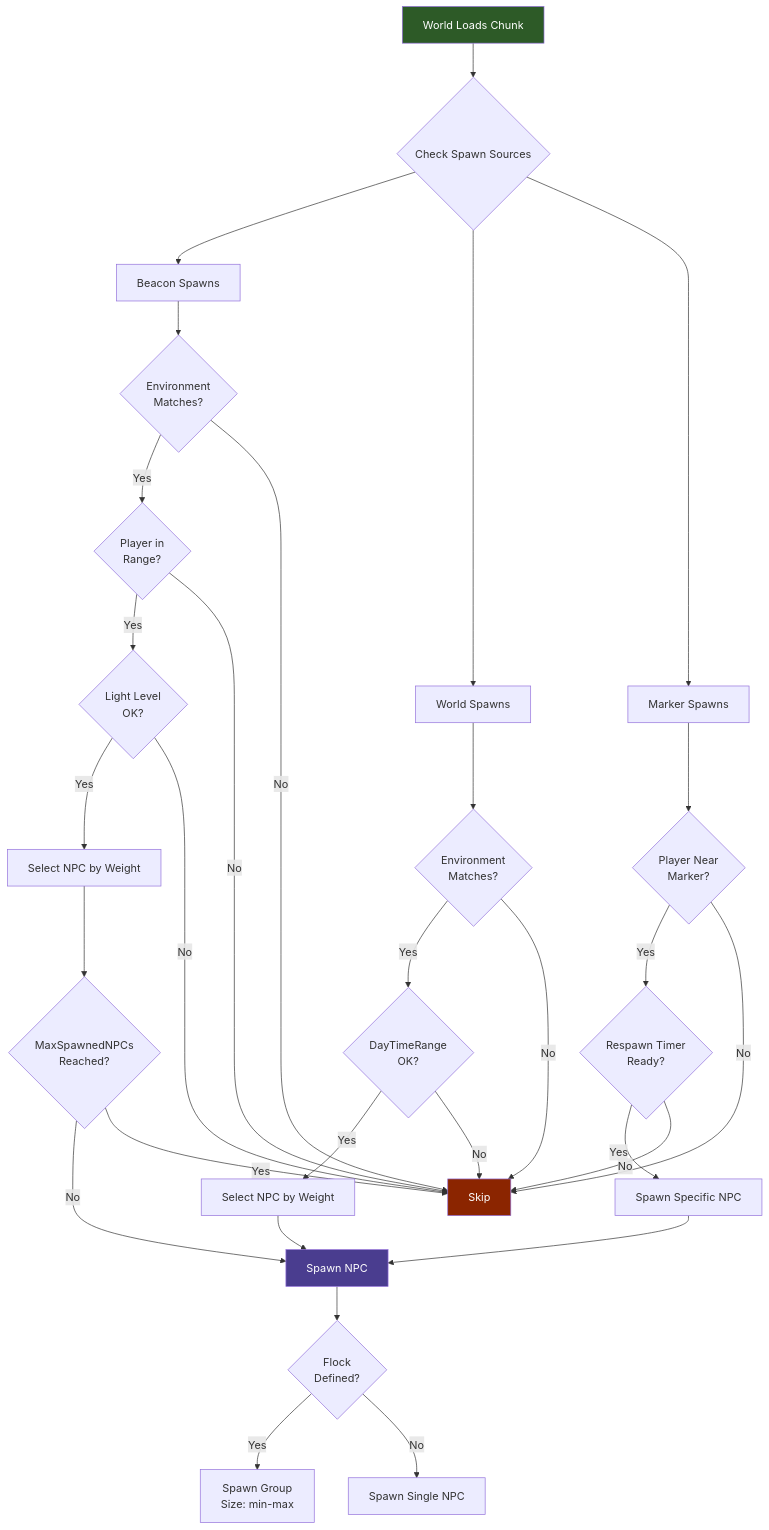
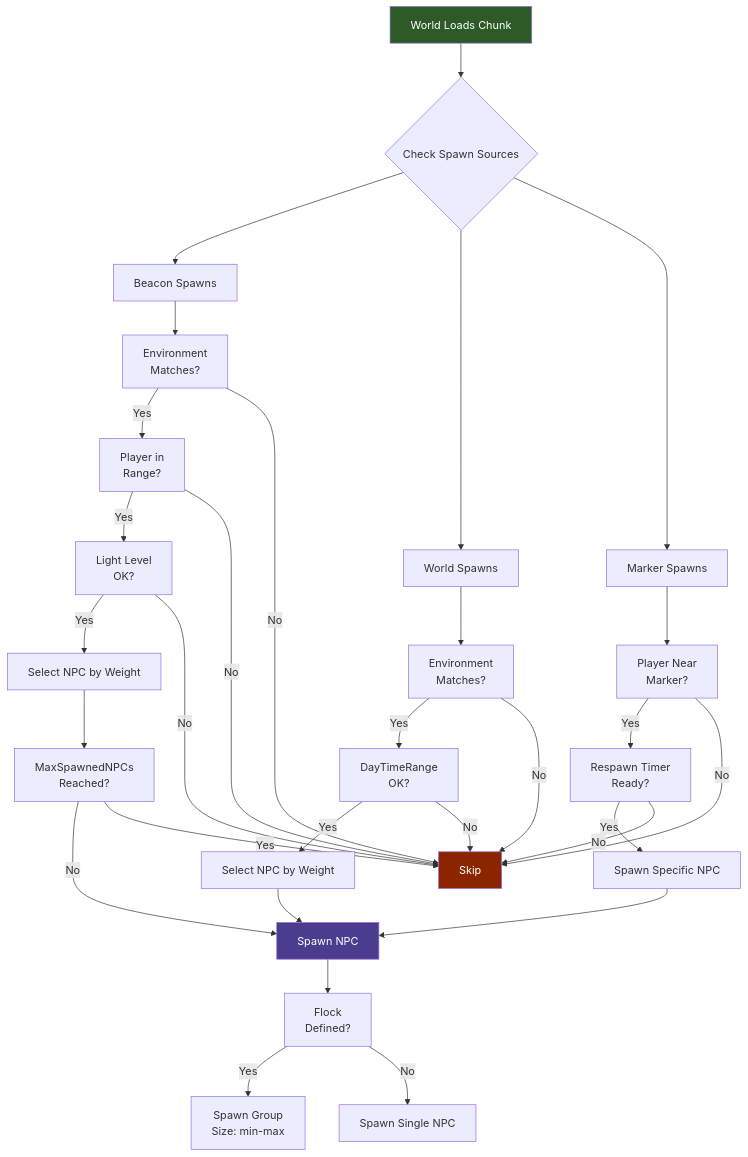
The first of 2 diagrams in src/content/docs/es/reference/npc-system/npc-spawn-rules.md (nevesb/hytale-modding-docs), drawn with Mermaid before and after one commit. The commit also changed other lines of this file and 34 other files, not shown here.

First line of the commit message:
docs: enhance mermaid diagrams for clarity and readability

````diff
--- a/src/content/docs/es/reference/npc-system/npc-spawn-rules.md
+++ b/src/content/docs/es/reference/npc-system/npc-spawn-rules.md
@@ -19,42 +19,42 @@
 ```mermaid
 flowchart TD
     A[World Loads Chunk] --> B{Check Spawn Sources}
 
     B --> C[Beacon Spawns]
     B --> D[World Spawns]
     B --> E[Marker Spawns]
 
-    C --> F{Environment\nMatches?}
-    F -->|Yes| G{Player in\nRange?}
-    F -->|No| Z[Skip]
-    G -->|Yes| H{Light Level\nOK?}
-    G -->|No| Z
-    H -->|Yes| I[Select NPC by Weight]
-    H -->|No| Z
+    C --> F["Environment<br/>Matches?"]
+    F -->|"Yes"| G["Player in<br/>Range?"]
+    F -->|"No"| Z[Skip]
+    G -->|"Yes"| H["Light Level<br/>OK?"]
+    G -->|"No"| Z
+    H -->|"Yes"| I[Select NPC by Weight]
+    H -->|"No"| Z
 
-    D --> J{Environment\nMatches?}
-    J -->|Yes| K{DayTimeRange\nOK?}
-    J -->|No| Z
-    K -->|Yes| L[Select NPC by Weight]
-    K -->|No| Z
+    D --> J["Environment<br/>Matches?"]
+    J -->|"Yes"| K["DayTimeRange<br/>OK?"]
+    J -->|"No"| Z
+    K -->|"Yes"| L[Select NPC by Weight]
+    K -->|"No"| Z
 
-    E --> M{Player Near\nMarker?}
-    M -->|Yes| N{Respawn Timer\nReady?}
-    M -->|No| Z
-    N -->|Yes| O[Spawn Specific NPC]
-    N -->|No| Z
+    E --> M["Player Near<br/>Marker?"]
+    M -->|"Yes"| N["Respawn Timer<br/>Ready?"]
+    M -->|"No"| Z
+    N -->|"Yes"| O[Spawn Specific NPC]
+    N -->|"No"| Z
 
-    I --> P{MaxSpawnedNPCs\nReached?}
-    P -->|No| Q[Spawn NPC]
-    P -->|Yes| Z
+    I --> P["MaxSpawnedNPCs<br/>Reached?"]
+    P -->|"No"| Q[Spawn NPC]
+    P -->|"Yes"| Z
     L --> Q
     O --> Q
 
-    Q --> R{Flock\nDefined?}
-    R -->|Yes| S[Spawn Group\nSize: min-max]
-    R -->|No| T[Spawn Single NPC]
+    Q --> R["Flock<br/>Defined?"]
+    R -->|"Yes"| S["Spawn Group<br/>Size: min-max"]
+    R -->|"No"| T[Spawn Single NPC]
 
     style A fill:#2d5a27,color:#fff
     style Q fill:#4a3d8f,color:#fff
     style Z fill:#8b2500,color:#fff
 ```
````
